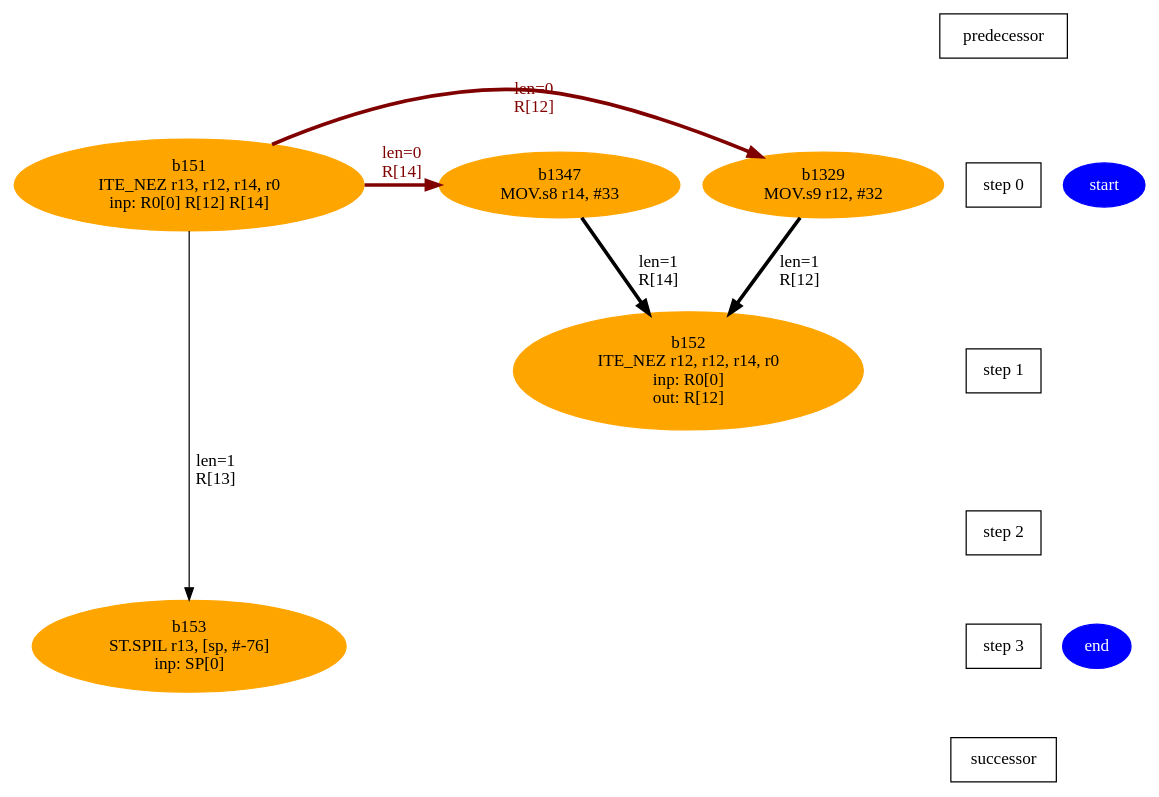
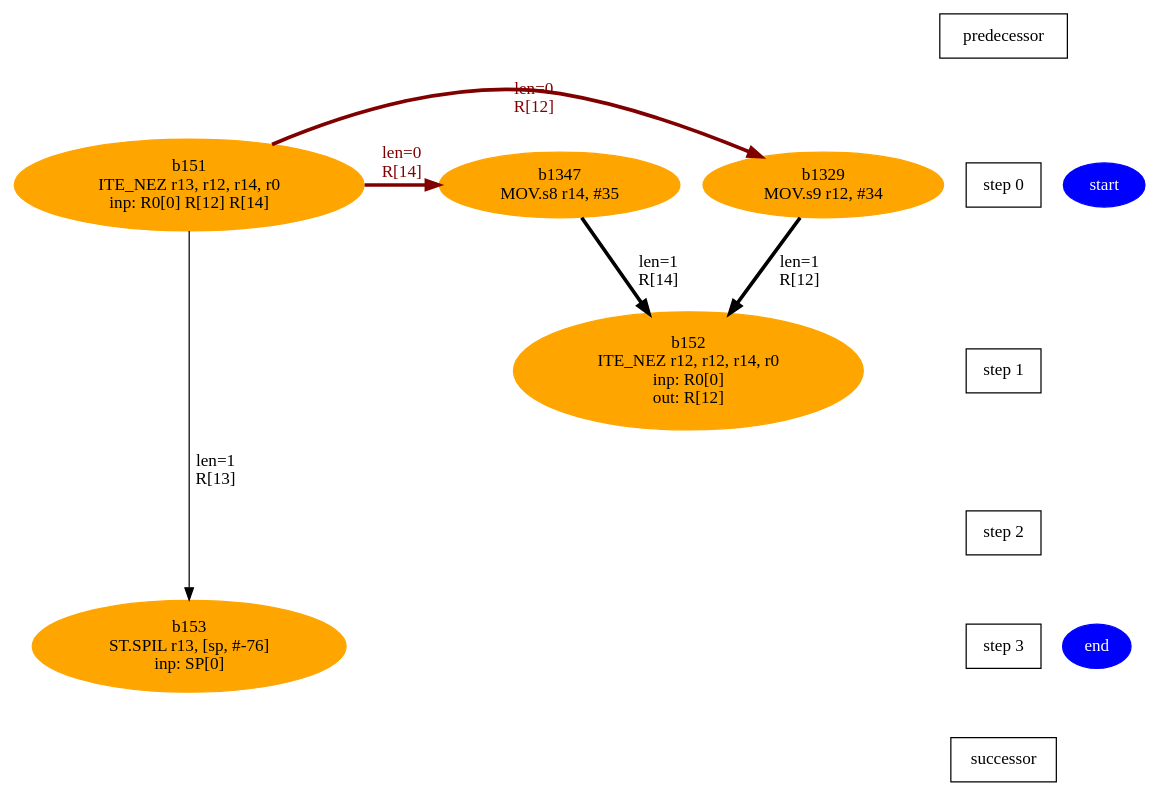
One commit to lxy-littlechai/SVD changed the diagram in testGen/Work/aie/1_2/Release/chesswork/1_2-main__s2_info/m165.dot. Above: the diagram before and after it, drawn with Graphviz. The commit also changed 9662 other files, not shown here.

```diff
--- a/testGen/Work/aie/1_2/Release/chesswork/1_2-main__s2_info/m165.dot
+++ b/testGen/Work/aie/1_2/Release/chesswork/1_2-main__s2_info/m165.dot
@@ -1,25 +1,25 @@
 digraph N {
  b151[color=orange,fontcolor=black,style=filled,label="b151\nITE_NEZ r13, r12, r14, r0\ninp: R0[0] R[12] R[14]"];  {rank=same; S0;  b151;}
  b152[color=orange,fontcolor=black,style=filled,label="b152\nITE_NEZ r12, r12, r14, r0\ninp: R0[0]\nout: R[12]"];  {rank=same; S1;  b152;}
  b153[color=orange,fontcolor=black,style=filled,label="b153\nST.SPIL r13, [sp, #-76]\ninp: SP[0]"];  {rank=same; S3;  b153;}
- b1329[color=orange,fontcolor=black,style=filled,label="b1329\nMOV.s9 r12, #32"];  {rank=same; S0;  b1329;}
- b1347[color=orange,fontcolor=black,style=filled,label="b1347\nMOV.s8 r14, #33"];  {rank=same; S0;  b1347;}
+ b1329[color=orange,fontcolor=black,style=filled,label="b1329\nMOV.s9 r12, #34"];  {rank=same; S0;  b1329;}
+ b1347[color=orange,fontcolor=black,style=filled,label="b1347\nMOV.s8 r14, #35"];  {rank=same; S0;  b1347;}
  start [color=blue,fontcolor=white,style=filled,label="start"];  {rank=same; S0;  start;}
  end [color=blue,fontcolor=white,style=filled,label="end"];  {rank=same; S3;  end;}
    b151 -> b1347 [color=maroon,fontcolor=maroon,penwidth=3,label="len=0\nR[14]",weight=1000];
    b151 -> b1329 [color=maroon,fontcolor=maroon,penwidth=3,label="len=0\nR[12]",weight=1000];
    b151 -> b153 [color=black,fontcolor=black,label="len=1\nR[13]",weight=1000];
    b1329 -> b152 [color=black,fontcolor=black,penwidth=3,label="len=1\nR[12]",weight=1000];
    b1347 -> b152 [color=black,fontcolor=black,penwidth=3,label="len=1\nR[14]",weight=1000];
   Sm1 [label="predecessor",shape=box];
   S0 [label="step 0",shape=box];
   Sm1 -> S0[style=invis,weight=9000];
   S1 [label="step 1",shape=box];
   S0 -> S1[style=invis,weight=9000];
   S2 [label="step 2",shape=box];
   S1 -> S2[style=invis,weight=9000];
   S3 [label="step 3",shape=box];
   S2 -> S3[style=invis,weight=9000];
   S4 [label="successor",shape=box];
   S3 -> S4[style=invis,weight=9000];
 }
```
